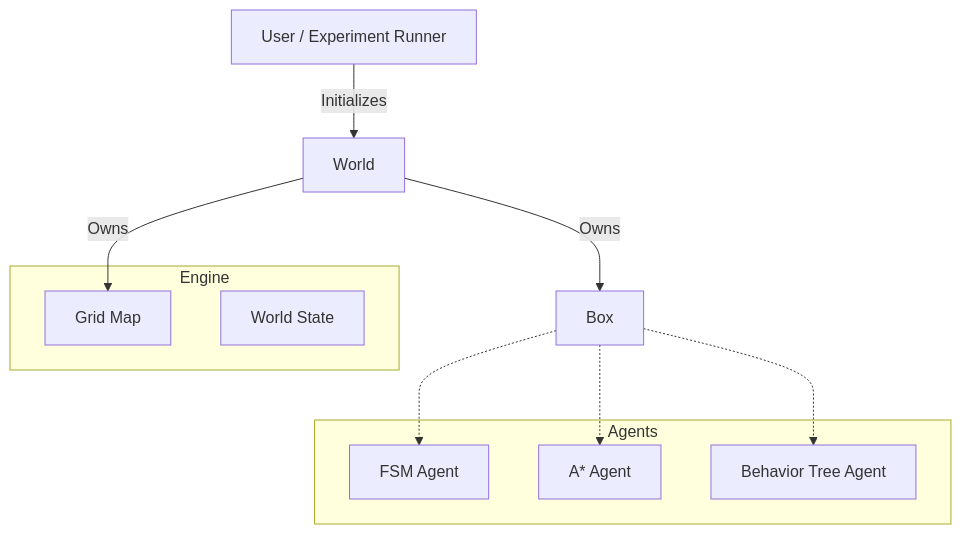
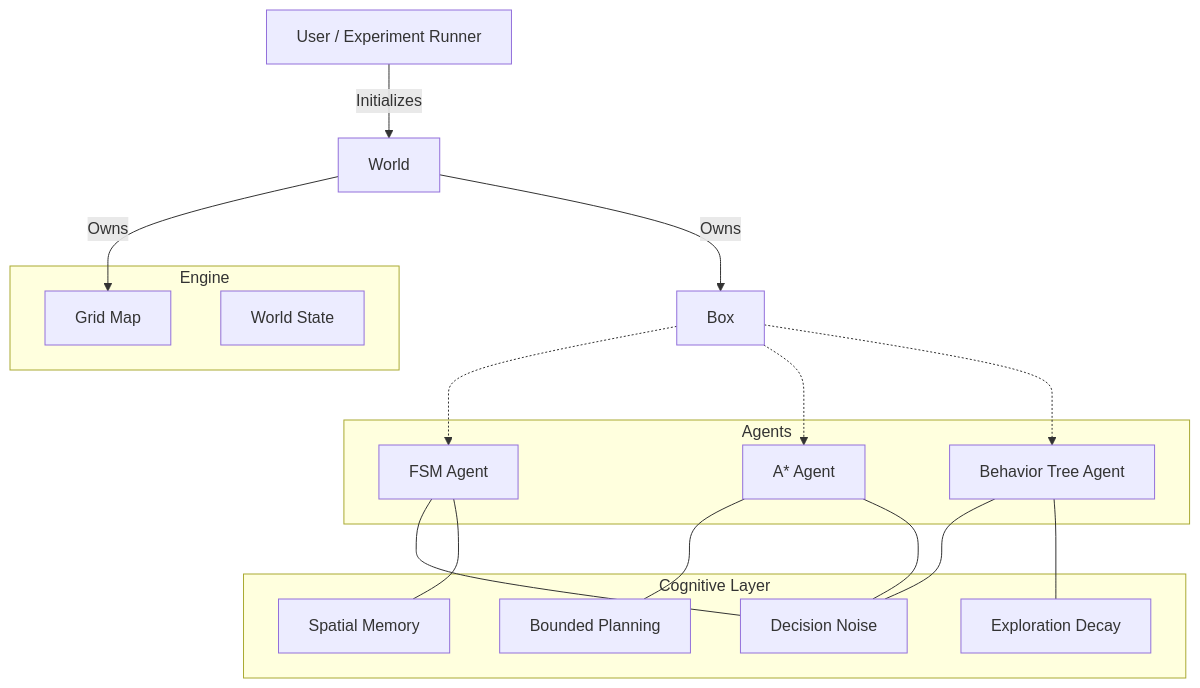
One commit to armash66/agent-architecture-lab changed the first of 3 diagrams in README.md. Above: the diagram before and after it, drawn with Mermaid. The commit also changed other lines of this file, not shown here.

Commit message:
docs: update README with cognitive layer, 3D viewer, and experiment sweeps

````diff
--- a/README.md
+++ b/README.md
@@ -35,21 +34,34 @@
 ```mermaid
 graph TD
     User[User / Experiment Runner] -->|Initializes| World
     World -->|Owns| Grid
     World -->|Owns| Agent["Box<dyn Agent>"]
     
     subgraph Engine
         Grid[Grid Map]
         State[World State]
     end
     
     subgraph Agents
         FSM[FSM Agent]
         AStar[A* Agent]
         BT[Behavior Tree Agent]
     end
     
+    subgraph Cognitive Layer
+        Noise[Decision Noise]
+        Memory[Spatial Memory]
+        Bounded[Bounded Planning]
+        Decay[Exploration Decay]
+    end
+    
     Agent -.-> FSM
     Agent -.-> AStar
     Agent -.-> BT
+    FSM --- Noise
+    FSM --- Memory
+    AStar --- Bounded
+    AStar --- Noise
+    BT --- Noise
+    BT --- Decay
 ```
````
